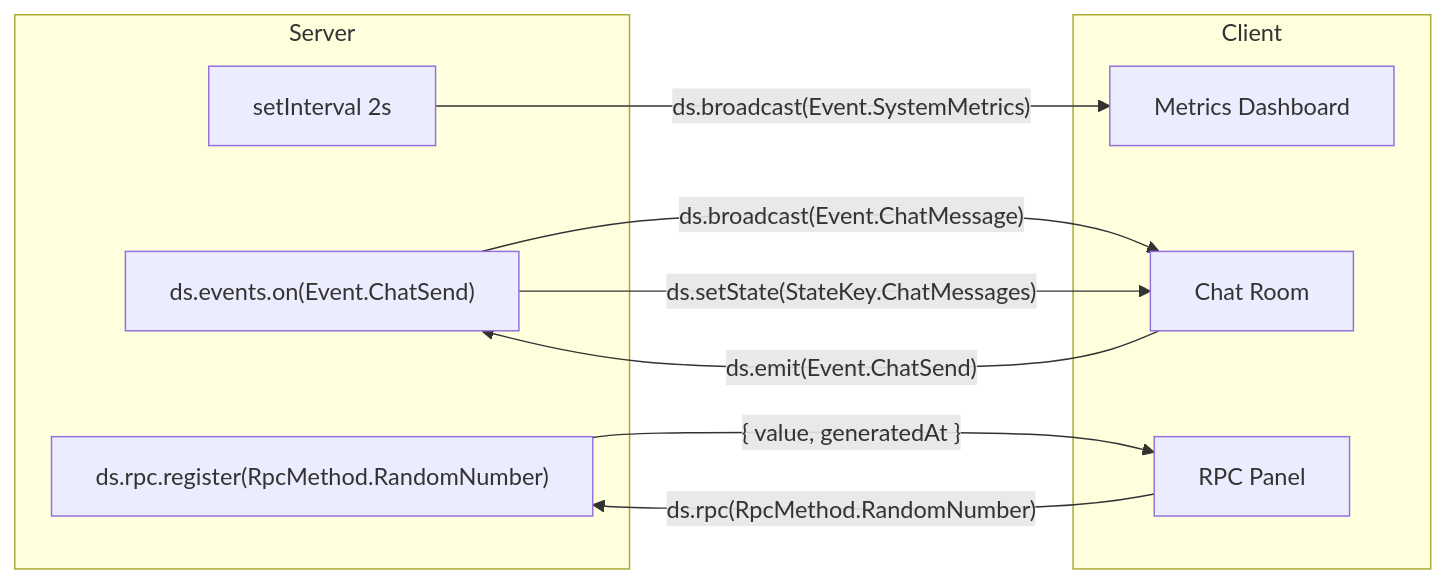
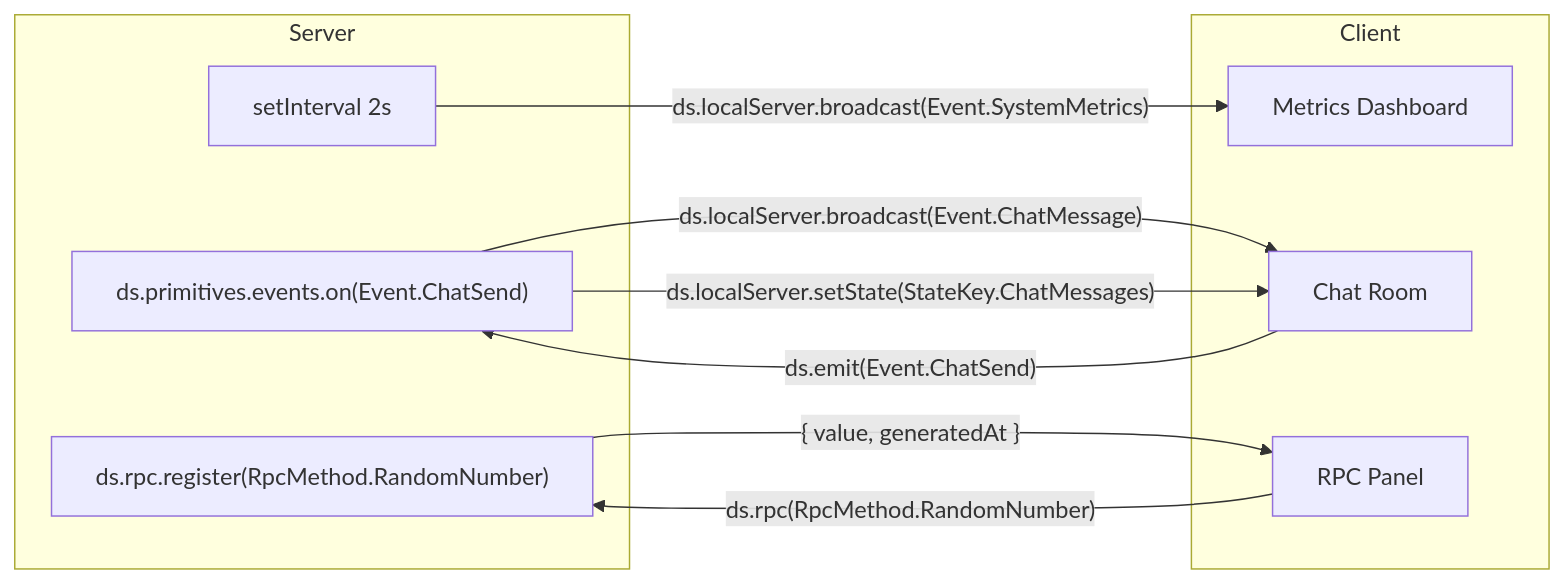
One commit to mayanklahiri/datasole changed the first of 4 diagrams in docs/demos.md. Above: the diagram before and after it, drawn with Mermaid. The commit also changed other lines of this file and 45 other files, not shown here.

````diff
--- a/docs/demos.md
+++ b/docs/demos.md
@@ -25,19 +25,19 @@
 ```mermaid
 flowchart LR
   subgraph server [Server]
     metrics["setInterval 2s"]
-    chatHandler["ds.events.on(Event.ChatSend)"]
+    chatHandler["ds.primitives.events.on(Event.ChatSend)"]
     rpcHandler["ds.rpc.register(RpcMethod.RandomNumber)"]
   end
   subgraph client [Client]
     metricsDash[Metrics Dashboard]
     chatRoom[Chat Room]
     rpcDemo[RPC Panel]
   end
-  metrics -->|"ds.broadcast(Event.SystemMetrics)"| metricsDash
+  metrics -->|"ds.localServer.broadcast(Event.SystemMetrics)"| metricsDash
   chatRoom -->|"ds.emit(Event.ChatSend)"| chatHandler
-  chatHandler -->|"ds.broadcast(Event.ChatMessage)"| chatRoom
-  chatHandler -->|"ds.setState(StateKey.ChatMessages)"| chatRoom
+  chatHandler -->|"ds.localServer.broadcast(Event.ChatMessage)"| chatRoom
+  chatHandler -->|"ds.localServer.setState(StateKey.ChatMessages)"| chatRoom
   rpcDemo -->|"ds.rpc(RpcMethod.RandomNumber)"| rpcHandler
   rpcHandler -->|"{ value, generatedAt }"| rpcDemo
 ```
````
